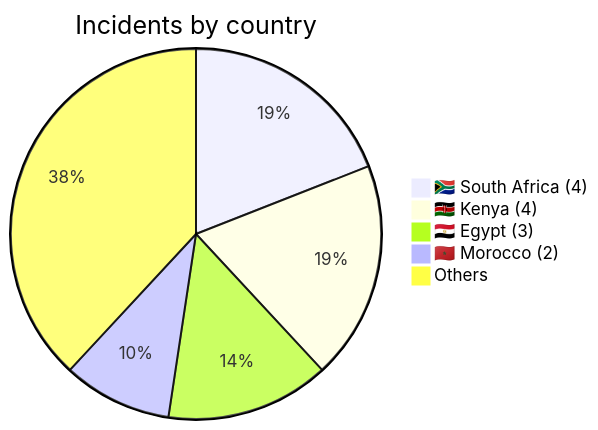
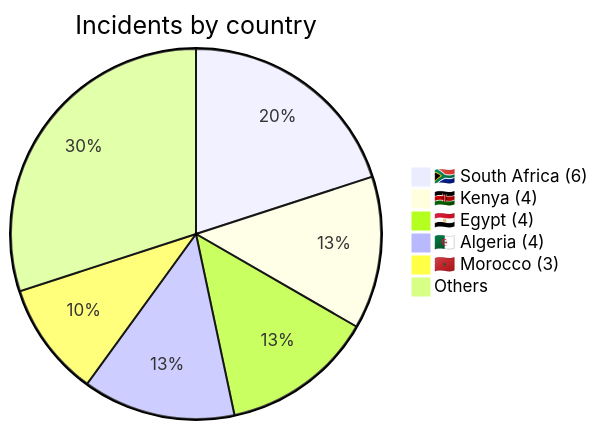
Before and after one commit to Hatchepsoute/AFRINTEL: the first of 4 diagrams in visual-intelligence/01-january/README.md, drawn with Mermaid. The commit also changed other lines of this file and 120 other files, not shown here.

````diff
--- a/visual-intelligence/01-january/README.md
+++ b/visual-intelligence/01-january/README.md
@@ -5,9 +5,10 @@
 ```mermaid
 pie
 title Incidents by country
-"🇿🇦 South Africa (4)" : 4
+"🇿🇦 South Africa (6)" : 6
 "🇰🇪 Kenya (4)" : 4
-"🇪🇬 Egypt (3)" : 3
-"🇲🇦 Morocco (2)" : 2
-"Others" : 8
+"🇪🇬 Egypt (4)" : 4
+"🇩🇿 Algeria (4)" : 4
+"🇲🇦 Morocco (3)" : 3
+"Others" : 9
 ```
````
